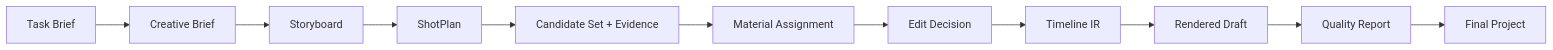
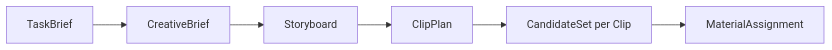
One commit to human-cosmos/search-rec-docs changed the third of 4 diagrams in 03_VideoDomain架构设计.md. Above: the diagram before and after it, drawn with Mermaid. The commit also changed other lines of this file and 14 other files, not shown here.

````diff
--- a/03_VideoDomain架构设计.md
+++ b/03_VideoDomain架构设计.md
@@ -161,13 +177,8 @@
 ```mermaid
 flowchart LR
-  A[Task Brief] --> B[Creative Brief]
-  B --> C[Storyboard]
-  C --> D[ShotPlan]
-  D --> E[Candidate Set + Evidence]
-  E --> F[Material Assignment]
-  F --> G[Edit Decision]
-  G --> H[Timeline IR]
-  H --> I[Rendered Draft]
-  I --> J[Quality Report]
-  J --> K[Final Project]
+  TB[TaskBrief] --> CB[CreativeBrief]
+  CB --> SB[Storyboard]
+  SB --> CP[ClipPlan]
+  CP --> CS[CandidateSet per Clip]
+  CS --> MA[MaterialAssignment]
 ```
````
